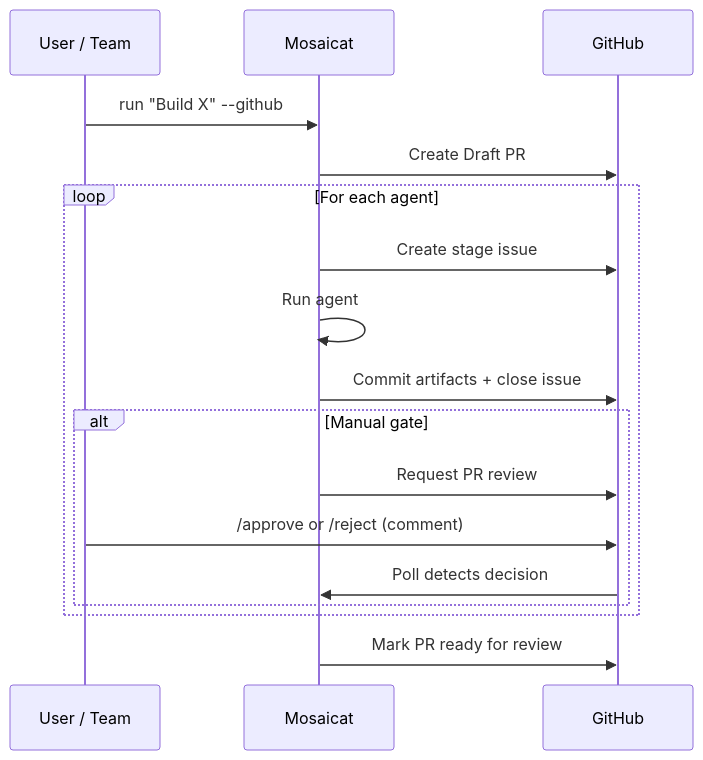
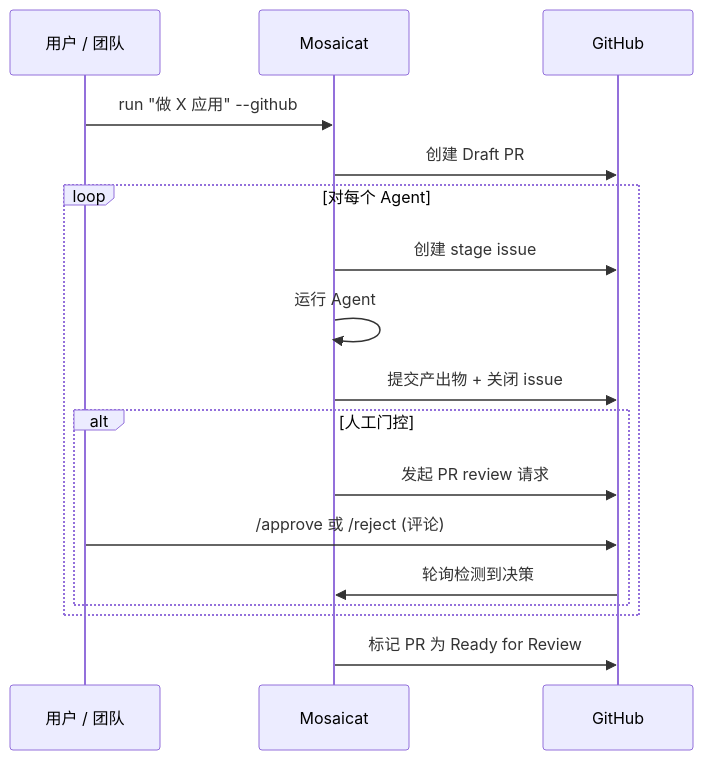
The second of 3 diagrams in README.md (ZB-ur/mosaicat), drawn with Mermaid before and after one commit. The commit also changed other lines of this file and 3 other files, not shown here.

````diff
--- a/README.md
+++ b/README.md
@@ -246,20 +264,20 @@
 ```mermaid
 sequenceDiagram
-    participant U as User / Team
+    participant U as 用户 / 团队
     participant M as Mosaicat
     participant GH as GitHub
 
-    U->>M: run "Build X" --github
-    M->>GH: Create Draft PR
-    loop For each agent
-        M->>GH: Create stage issue
-        M->>M: Run agent
-        M->>GH: Commit artifacts + close issue
-        alt Manual gate
-            M->>GH: Request PR review
-            U->>GH: /approve or /reject (comment)
-            GH->>M: Poll detects decision
+    U->>M: run "做 X 应用" --github
+    M->>GH: 创建 Draft PR
+    loop 对每个 Agent
+        M->>GH: 创建 stage issue
+        M->>M: 运行 Agent
+        M->>GH: 提交产出物 + 关闭 issue
+        alt 人工门控
+            M->>GH: 发起 PR review 请求
+            U->>GH: /approve 或 /reject (评论)
+            GH->>M: 轮询检测到决策
         end
     end
-    M->>GH: Mark PR ready for review
+    M->>GH: 标记 PR 为 Ready for Review
 ```
````
